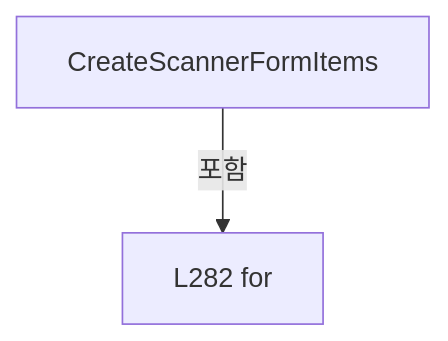
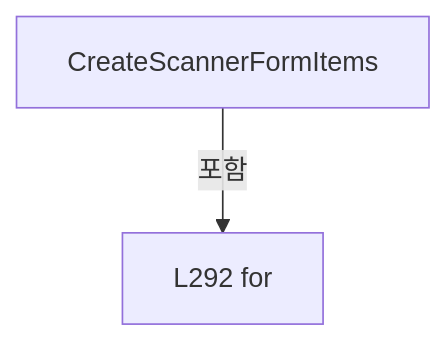
Before and after one commit to kjuws10-rgb/Shared: the sixth of 17 diagrams in A3 LD Code Ref/files/Drilling.File/JHMI/CSettingFile.cs.md, drawn with Mermaid. The commit also changed other lines of this file and 2071 other files, not shown here.

Commit message:
docs(a3): update 11.19.0 architecture and code reference

````diff
--- a/A3 LD Code Ref/files/Drilling.File/JHMI/CSettingFile.cs.md
+++ b/A3 LD Code Ref/files/Drilling.File/JHMI/CSettingFile.cs.md
@@ -1274,6 +1284,6 @@
 ```mermaid
 flowchart TD
  M["CreateScannerFormItems"]
- N0["L282 for"]
+ N0["L292 for"]
  M -->|포함| N0
 ```
````
